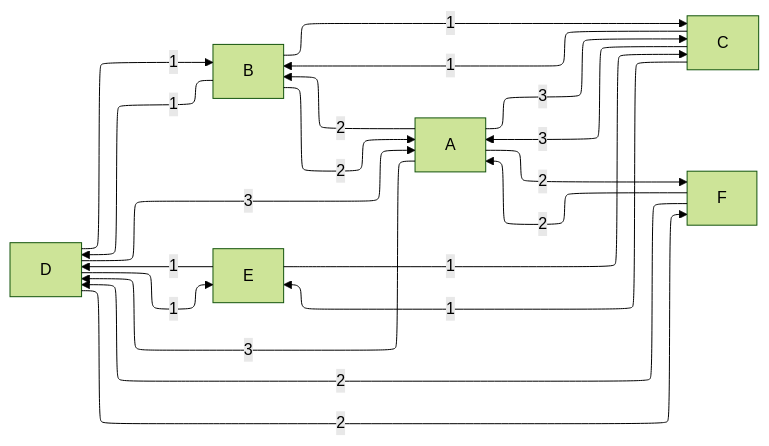
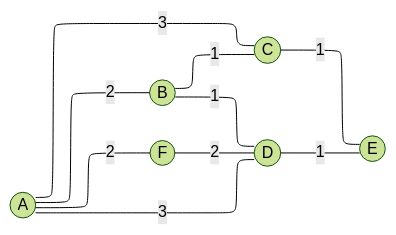
One commit to hanggrian/IIT-CS579 changed the diagram in assignments/hw3/adjacency_graph1.mmd. Above: the diagram before and after it, drawn with Mermaid (forest theme). The commit also changed 4 other files, not shown here.

```diff
--- a/assignments/hw3/adjacency_graph1.mmd
+++ b/assignments/hw3/adjacency_graph1.mmd
@@ -1,37 +1,27 @@
 ---
 config:
   flowchart:
     defaultRenderer: "elk"
 ---
 %% graph with custom configuration cannot be rendered in Markdown PDF
 flowchart LR
-  A
-  B
-  C
-  D
-  E
-  F
+  A((A))
+  B((B))
+  C((C))
+  D((D))
+  E((E))
+  F((F))
 
-  A -- 2 --> B
-  A -- 3 --> C
-  A -- 3 --> D
-  A -- 2 --> F
+  A -- 2 --- B
+  A -- 3 --- C
+  A -- 3 --- D
+  A -- 2 --- F
 
-  B -- 2 --> A
-  B -- 1 --> C
-  B -- 1 --> D
+  B -- 1 --- C
+  B -- 1 --- D
 
-  C -- 3 --> A
-  C -- 1 --> B
-  C -- 1 --> E
+  C -- 1 --- E
 
-  D -- 3 --> A
-  D -- 1 --> B
-  D -- 1 --> E
-  D -- 2 --> F
+  D -- 1 --- E
 
-  E -- 1 --> C
-  E -- 1 --> D
-
-  F -- 2 --> A
-  F -- 2 --> D
+  F -- 2 --- D
```
